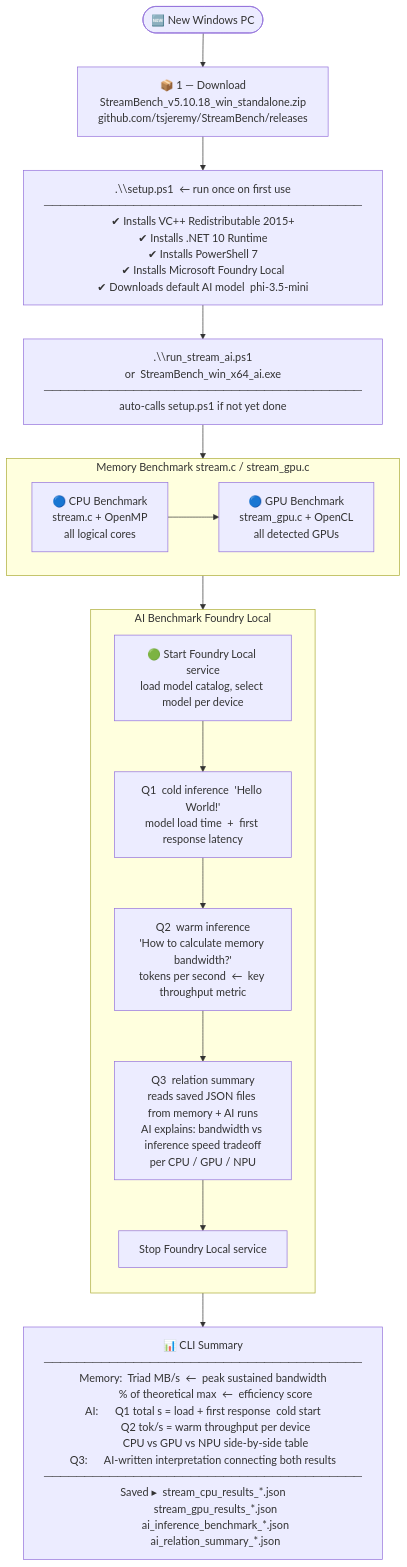
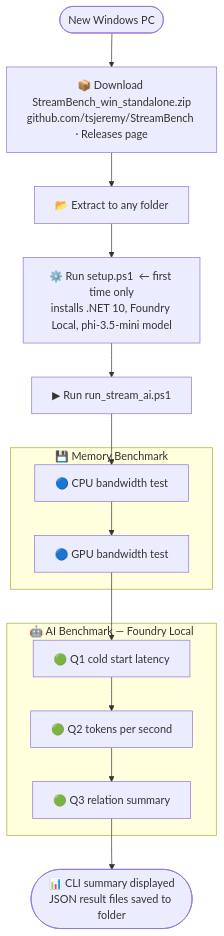
Before and after one commit to tsjeremy/StreamBench: the first of 2 diagrams in README.md, drawn with Mermaid. The commit also changed other lines of this file, not shown here.

Commit message:
docs: simplify Mermaid diagrams for readability
- Diagram 1 (Setup & run flow): replace wall-of-text nodes with short
  single-action labels; remove direction overrides inside subgraphs;
  remove backslashes, ASCII separators and unicode arrows that can
  break GitHub Mermaid rendering
- Diagram 2 (Key metrics): trim each node to 3-4 lines using <br/>
  for line breaks; remove horizontal rule separators and long bullet
  lists; keep structure but make content scannable

````diff
--- a/README.md
+++ b/README.md
@@ -48,30 +48,20 @@
 ```mermaid
 flowchart TD
-    A(["🆕 New Windows PC"]) --> B
+    A([New Windows PC]) --> B
+    B["📦 Download StreamBench_win_standalone.zip<br/>github.com/tsjeremy/StreamBench · Releases page"] --> C
+    C["📂 Extract to any folder"] --> D
+    D["⚙️ Run setup.ps1  ← first time only<br/>installs .NET 10, Foundry Local, phi-3.5-mini model"] --> E
+    E["▶ Run run_stream_ai.ps1"] --> F
 
-    B["📦 1 — Download\nStreamBench_v5.10.18_win_standalone.zip\ngithub.com/tsjeremy/StreamBench/releases"] --> C
-
-    C[".\\setup.ps1  ← run once on first use\n───────────────────────────────────────\n✔ Installs VC++ Redistributable 2015+\n✔ Installs .NET 10 Runtime\n✔ Installs PowerShell 7\n✔ Installs Microsoft Foundry Local\n✔ Downloads default AI model  phi-3.5-mini"] --> D
-
-    D[".\\run_stream_ai.ps1\nor  StreamBench_win_x64_ai.exe\n───────────────────────────────────────\nauto-calls setup.ps1 if not yet done"] --> E
-
-    subgraph mem ["Memory Benchmark  stream.c / stream_gpu.c"]
-        direction LR
-        E["🔵 CPU Benchmark\nstream.c + OpenMP\nall logical cores"] --> F["🔵 GPU Benchmark\nstream_gpu.c + OpenCL\nall detected GPUs"]
+    subgraph mem ["💾 Memory Benchmark"]
+        F["🔵 CPU bandwidth test"] --> G["🔵 GPU bandwidth test"]
     end
 
-    F --> G
-
-    subgraph ai ["AI Benchmark  Foundry Local"]
-        direction TB
-        G["🟢 Start Foundry Local service\nload model catalog, select model per device"]
-        G --> H["Q1  cold inference  'Hello World!'\nmodel load time  +  first response latency"]
-        H --> I["Q2  warm inference\n'How to calculate memory bandwidth?'\ntokens per second  ←  key throughput metric"]
-        I --> J["Q3  relation summary\nreads saved JSON files from memory + AI runs\nAI explains: bandwidth vs inference speed tradeoff\nper CPU / GPU / NPU"]
-        J --> K["Stop Foundry Local service"]
+    subgraph ai ["🤖 AI Benchmark  —  Foundry Local"]
+        H["🟢 Q1  cold start latency"] --> I["🟢 Q2  tokens per second"]
+        I --> J["🟢 Q3  relation summary"]
     end
 
-    K --> L
-
-    L["📊 CLI Summary\n───────────────────────────────────────\nMemory:  Triad MB/s  ←  peak sustained bandwidth\n         % of theoretical max  ←  efficiency score\nAI:      Q1 total s = load + first response  cold start\n         Q2 tok/s = warm throughput per device\n         CPU vs GPU vs NPU side-by-side table\nQ3:      AI-written interpretation connecting both results\n───────────────────────────────────────\nSaved ▸  stream_cpu_results_*.json\n         stream_gpu_results_*.json\n         ai_inference_benchmark_*.json\n         ai_relation_summary_*.json"]
+    G --> H
+    J --> K(["📊 CLI summary displayed<br/>JSON result files saved to folder"])
 ```
````
